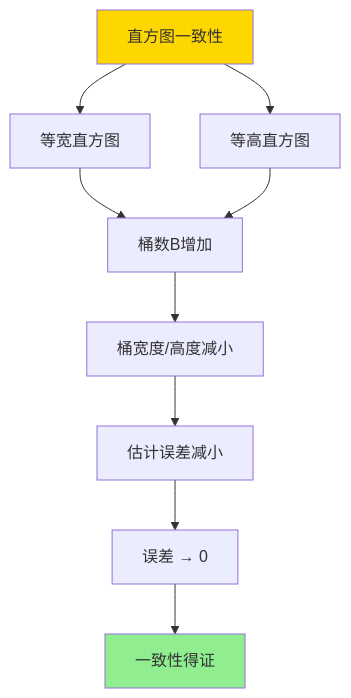
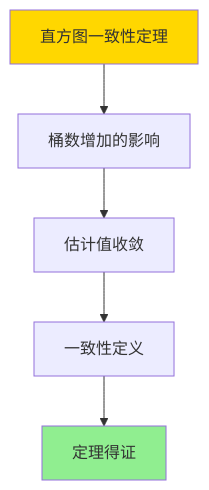
Before and after one commit to AdaMartin18010/PostgreSQL_modern: the fourth of 4 diagrams in PostgreSQL/10-理论基础/15-统计与估计/15.02-统计估计一致性-直方图与采样误差界.md, drawn with Mermaid. The commit also changed other lines of this file and 80 other files, not shown here.

````diff
--- a/PostgreSQL/10-理论基础/15-统计与估计/15.02-统计估计一致性-直方图与采样误差界.md
+++ b/PostgreSQL/10-理论基础/15-统计与估计/15.02-统计估计一致性-直方图与采样误差界.md
@@ -267,14 +303,10 @@
 ```mermaid
 graph TD
-    A[直方图一致性] --> B[等宽直方图]
-    A --> C[等高直方图]
-    B --> D[桶数B增加]
-    C --> D
-    D --> E[桶宽度/高度减小]
-    E --> F[估计误差减小]
-    F --> G[误差 → 0]
-    G --> H[一致性得证]
+    A[直方图一致性定理] --> B[桶数增加的影响]
+    B --> C[估计值收敛]
+    C --> D[一致性定义]
+    D --> E[定理得证]
 
     style A fill:#FFD700
-    style H fill:#90EE90
+    style E fill:#90EE90
 ```
````
